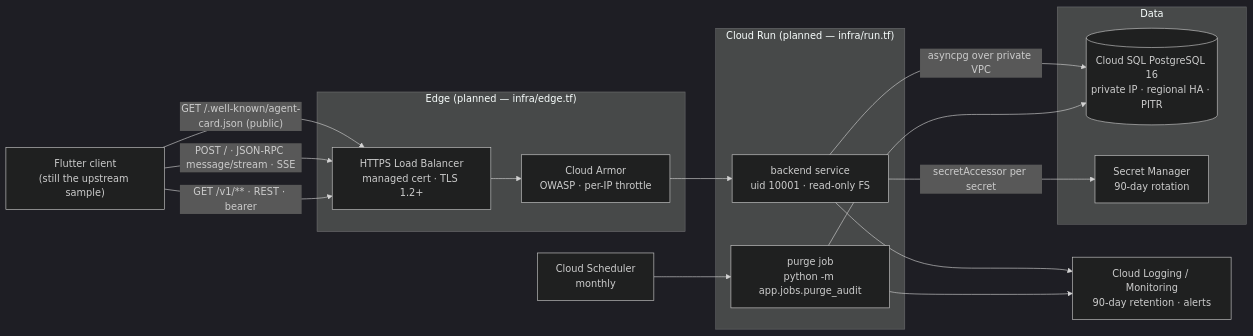
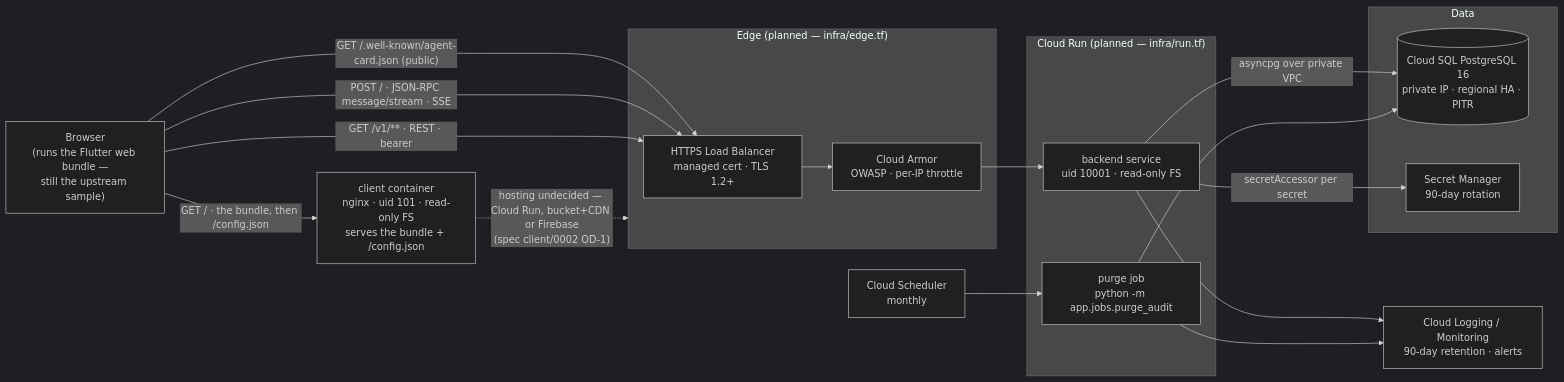
Before and after one commit to somnio-projects/finance-google-a2ui: the diagram in docs/diagrams/02-containers.md, drawn with Mermaid (dark theme). The commit also changed 10 other files, not shown here.

First line of the commit message:
feat(client): GGU-82 — a hardened container for the web client

````diff
--- a/docs/diagrams/02-containers.md
+++ b/docs/diagrams/02-containers.md
@@ -5,36 +5,44 @@
 ```mermaid
 flowchart LR
-    client["Flutter client<br/>(still the upstream sample)"]
+    client["Browser<br/>(runs the Flutter web bundle —<br/>still the upstream sample)"]
+    web["client container<br/>nginx · uid 101 · read-only FS<br/>serves the bundle + /config.json"]
     subgraph edge["Edge (planned — infra/edge.tf)"]
         lb["HTTPS Load Balancer<br/>managed cert · TLS 1.2+"]
         waf["Cloud Armor<br/>OWASP · per-IP throttle"]
     end
     subgraph run["Cloud Run (planned — infra/run.tf)"]
         svc["backend service<br/>uid 10001 · read-only FS"]
         job["purge job<br/>python -m app.jobs.purge_audit"]
     end
     subgraph data["Data"]
         sql[("Cloud SQL PostgreSQL 16<br/>private IP · regional HA · PITR")]
         sm["Secret Manager<br/>90-day rotation"]
     end
     obs["Cloud Logging / Monitoring<br/>90-day retention · alerts"]
     sched["Cloud Scheduler<br/>monthly"]
 
+    client -- "GET / · the bundle, then /config.json" --> web
+    web -. "hosting undecided — Cloud Run, bucket+CDN or Firebase<br/>(spec client/0002 OD-1)" .-> edge
     client -- "GET /.well-known/agent-card.json (public)" --> lb
     client -- "POST / · JSON-RPC message/stream · SSE" --> lb
     client -- "GET /v1/** · REST · bearer" --> lb
     lb --> waf --> svc
     svc -- "asyncpg over private VPC" --> sql
     svc -- "secretAccessor per secret" --> sm
     job --> sql
     sched --> job
     svc --> obs
     job --> obs
 
     %% Two surfaces on one service (ADR-J): /v1/** is strictly RESTful and
     %% answers RFC 9457 problem documents; the root is Google's A2A protocol,
     %% JSON-RPC over SSE, and answers JSON-RPC error objects. The agent card is
     %% the only public route besides the health probes — a client cannot hold a
     %% token before it has read it.
-    %% Today the same shape runs locally as docker compose: db + backend only.
+    %% The client container is built and hardened (GGU-82, spec client/0002) but
+    %% is not deployed anywhere: where it is hosted is OD-1, still open, which is
+    %% why its only outgoing edge is dashed. It serves static bytes and holds no
+    %% credential; the browser, not the container, is what talks to the backend.
+    %% Today the same shape runs locally as docker compose: db + backend, plus
+    %% the client on :3000 behind `--profile client`.
 ```
````
